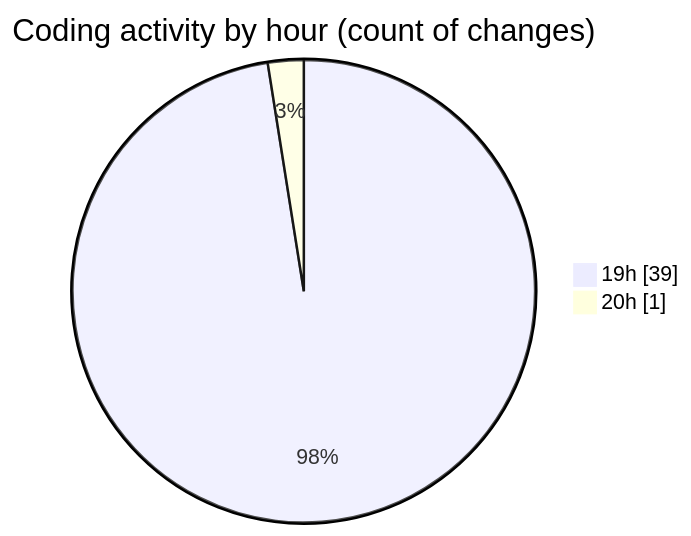
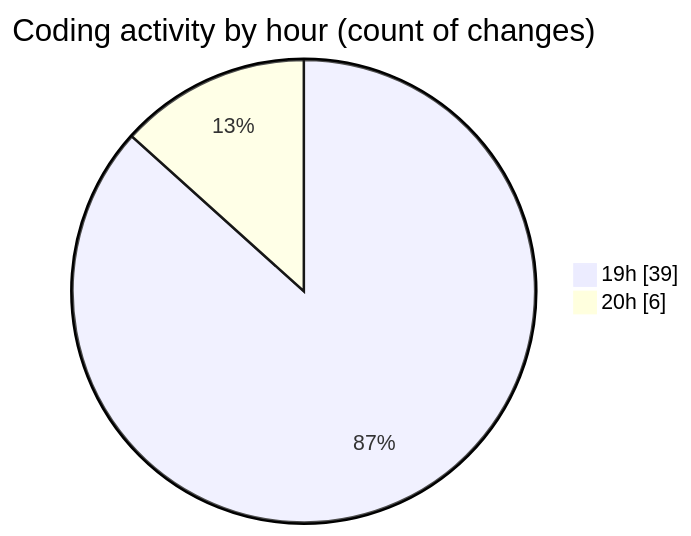
The second of 2 diagrams in 2026-06-16/cda/README.md (momahboobian/code-tracking), drawn with Mermaid before and after one commit. The commit also changed other lines of this file and 1 other file, not shown here.

````diff
--- a/2026-06-16/cda/README.md
+++ b/2026-06-16/cda/README.md
@@ -46,6 +46,6 @@
 ```mermaid
 pie showData
 title Coding activity by hour (count of changes)
 "19h" : 39
-"20h" : 1
+"20h" : 6
 ```
````
